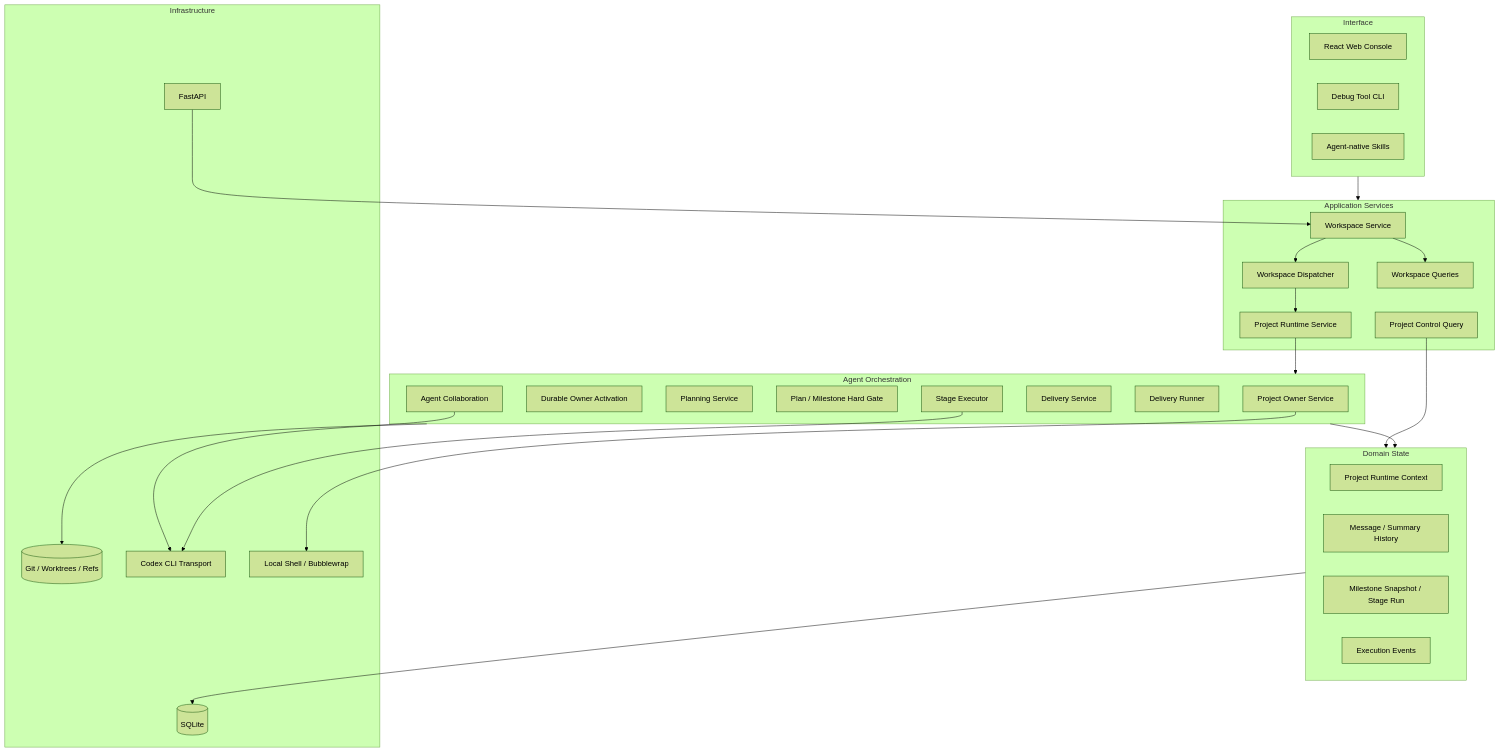
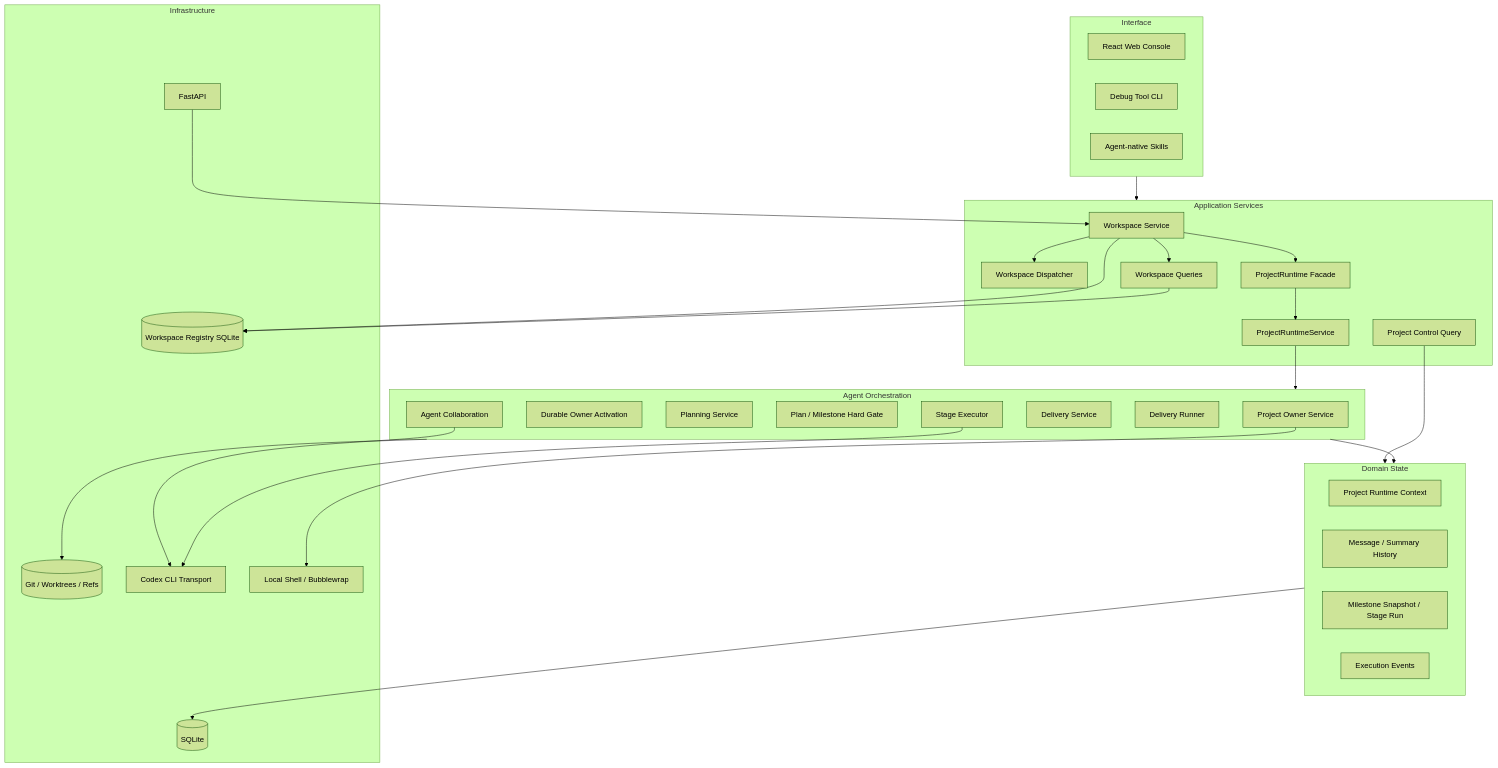
Before and after one commit to aowo-1345/AgentPanelX: the second of 10 diagrams in docs/architecture.md, drawn with Mermaid (forest theme). The commit also changed other lines of this file, not shown here.

Commit message:
docs: align architecture with workspace runtime

````diff
--- a/docs/architecture.md
+++ b/docs/architecture.md
@@ -67,56 +69,61 @@
 ```mermaid
 flowchart TB
     subgraph Interface[Interface]
         React[React Web Console]
         DebugCLI[Debug Tool CLI]
         SkillCLI[Agent-native Skills]
     end
 
     subgraph Application[Application Services]
         WorkspaceService[Workspace Service]
         WorkspaceDispatcher[Workspace Dispatcher]
         WorkspaceQueries[Workspace Queries]
-        ProjectRuntime[Project Runtime Service]
+        ProjectRuntime[ProjectRuntime Facade]
+        RuntimeService[ProjectRuntimeService]
         ControlQuery[Project Control Query]
     end
 
     subgraph Orchestration[Agent Orchestration]
         OwnerService[Project Owner Service]
         Activation[Durable Owner Activation]
         Planning[Planning Service]
         HardGate[Plan / Milestone Hard Gate]
         Collaboration[Agent Collaboration]
         DeliveryService[Delivery Service]
         DeliveryRunner[Delivery Runner]
         StageExecutor[Stage Executor]
     end
 
     subgraph Domain[Domain State]
         Context[Project Runtime Context]
         Messages[Message / Summary History]
         Milestones[Milestone Snapshot / Stage Run]
         Events[Execution Events]
     end
 
     subgraph Infrastructure[Infrastructure]
         API[FastAPI]
+        Registry[(Workspace Registry SQLite)]
         DB[(SQLite)]
         Git[(Git / Worktrees / Refs)]
         Codex[Codex CLI Transport]
         Sandbox[Local Shell / Bubblewrap]
     end
 
     Interface --> Application
     WorkspaceService --> WorkspaceDispatcher
     WorkspaceService --> WorkspaceQueries
-    WorkspaceDispatcher --> ProjectRuntime
-    ProjectRuntime --> Orchestration
+    WorkspaceService --> Registry
+    WorkspaceService --> ProjectRuntime
+    WorkspaceQueries --> Registry
+    ProjectRuntime --> RuntimeService
+    RuntimeService --> Orchestration
     ControlQuery --> Domain
     Orchestration --> Domain
     Domain --> DB
     Orchestration --> Git
     Collaboration --> Codex
     StageExecutor --> Codex
     OwnerService --> Sandbox
     API --> WorkspaceService
 ```
````
